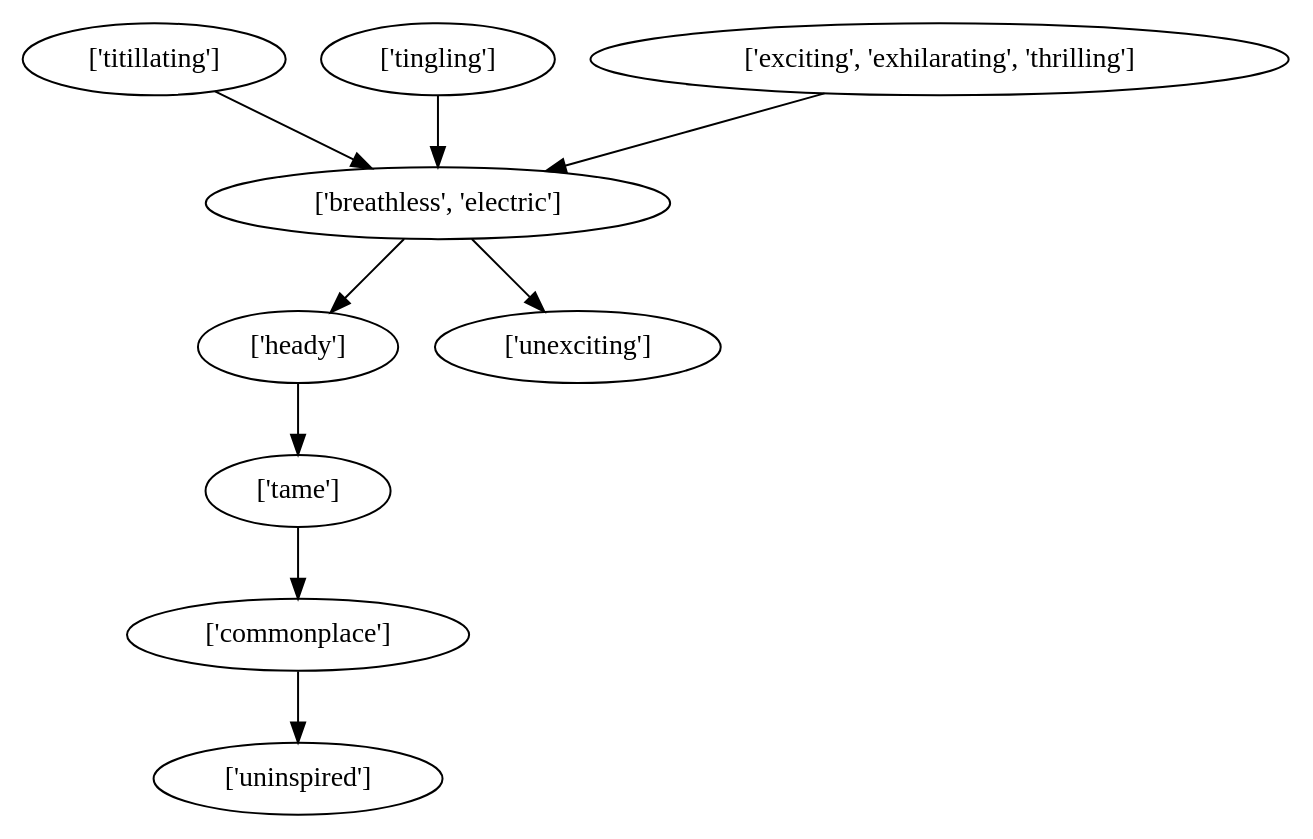
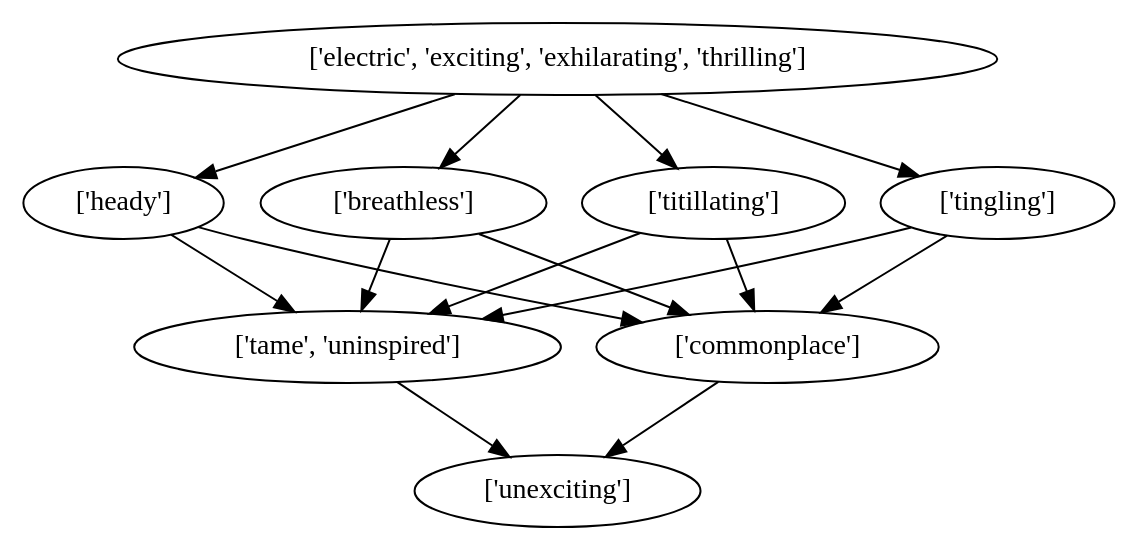
Before and after one commit to bleonar5/mechanical_turk: the diagram in graphs_with_eqs/dots/excitement.dot, drawn with Graphviz. The commit also changed 99 other files, not shown here.

```diff
--- a/graphs_with_eqs/dots/excitement.dot
+++ b/graphs_with_eqs/dots/excitement.dot
@@ -1,10 +1,16 @@
 strict digraph  {
-	"['titillating']" -> "['breathless', 'electric']";
-	"['breathless', 'electric']" -> "['heady']";
-	"['breathless', 'electric']" -> "['unexciting']";
-	"['tame']" -> "['commonplace']";
-	"['commonplace']" -> "['uninspired']";
-	"['heady']" -> "['tame']";
-	"['tingling']" -> "['breathless', 'electric']";
-	"['exciting', 'exhilarating', 'thrilling']" -> "['breathless', 'electric']";
+	"['titillating']" -> "['tame', 'uninspired']";
+	"['titillating']" -> "['commonplace']";
+	"['tame', 'uninspired']" -> "['unexciting']";
+	"['commonplace']" -> "['unexciting']";
+	"['electric', 'exciting', 'exhilarating', 'thrilling']" -> "['titillating']";
+	"['electric', 'exciting', 'exhilarating', 'thrilling']" -> "['tingling']";
+	"['electric', 'exciting', 'exhilarating', 'thrilling']" -> "['heady']";
+	"['electric', 'exciting', 'exhilarating', 'thrilling']" -> "['breathless']";
+	"['tingling']" -> "['tame', 'uninspired']";
+	"['tingling']" -> "['commonplace']";
+	"['heady']" -> "['tame', 'uninspired']";
+	"['heady']" -> "['commonplace']";
+	"['breathless']" -> "['tame', 'uninspired']";
+	"['breathless']" -> "['commonplace']";
 }
```
